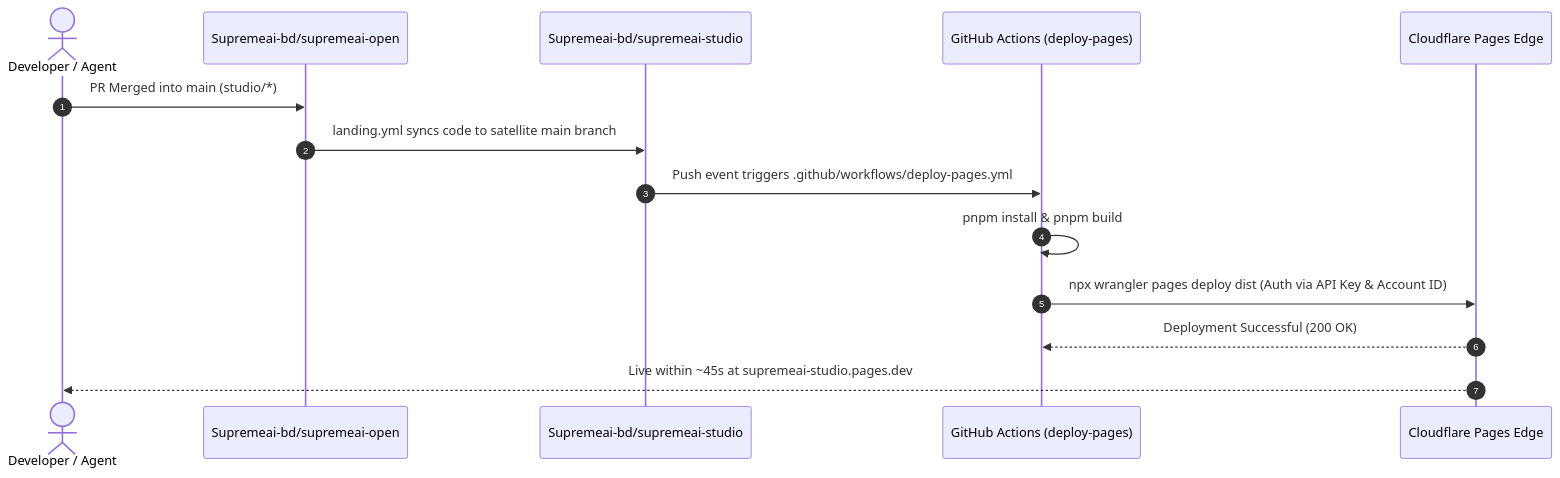
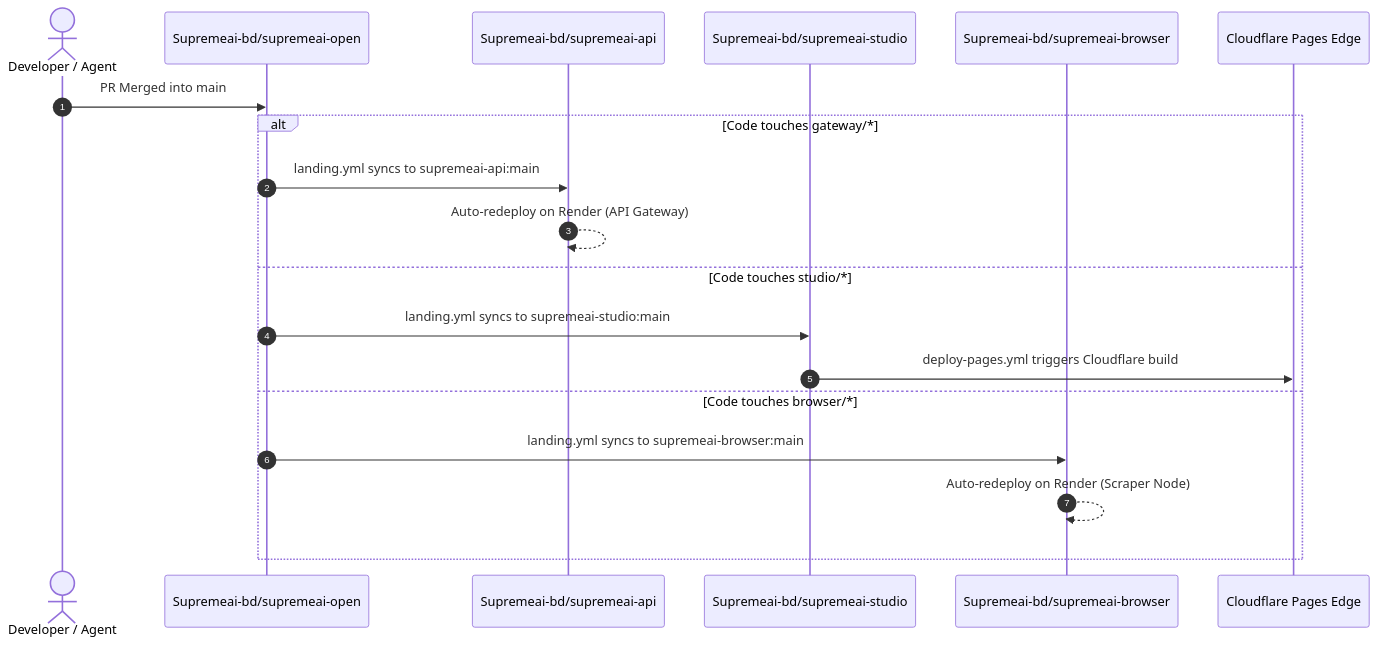
Before and after one commit to Supremeai-bd/supremeai-open: the second of 2 diagrams in gateway/SYSTEM_CHAT_AND_DEPLOYMENT_ARCHITECTURE.md, drawn with Mermaid. The commit also changed other lines of this file, not shown here.

Commit message:
docs(gateway): update architecture to v3 with webshare proxy and admin lock (Refs #757)

````diff
--- a/gateway/SYSTEM_CHAT_AND_DEPLOYMENT_ARCHITECTURE.md
+++ b/gateway/SYSTEM_CHAT_AND_DEPLOYMENT_ARCHITECTURE.md
@@ -88,17 +98,22 @@
 ```mermaid
 sequenceDiagram
     autonumber
     actor Dev as Developer / Agent
     participant Open as Supremeai-bd/supremeai-open
-    participant Sat as Supremeai-bd/supremeai-studio
-    participant GHA as GitHub Actions (deploy-pages)
+    participant SatAPI as Supremeai-bd/supremeai-api
+    participant SatStudio as Supremeai-bd/supremeai-studio
+    participant SatBrowser as Supremeai-bd/supremeai-browser
     participant CF as Cloudflare Pages Edge
 
-    Dev->>Open: PR Merged into main (studio/*)
-    Open->>Sat: landing.yml syncs code to satellite main branch
-    Sat->>GHA: Push event triggers .github/workflows/deploy-pages.yml
-    GHA->>GHA: pnpm install & pnpm build
-    GHA->>CF: npx wrangler pages deploy dist (Auth via API Key & Account ID)
-    CF-->>GHA: Deployment Successful (200 OK)
-    CF-->>Dev: Live within ~45s at supremeai-studio.pages.dev
+    Dev->>Open: PR Merged into main
+    alt Code touches gateway/*
+        Open->>SatAPI: landing.yml syncs to supremeai-api:main
+        SatAPI-->>SatAPI: Auto-redeploy on Render (API Gateway)
+    else Code touches studio/*
+        Open->>SatStudio: landing.yml syncs to supremeai-studio:main
+        SatStudio->>CF: deploy-pages.yml triggers Cloudflare build
+    else Code touches browser/*
+        Open->>SatBrowser: landing.yml syncs to supremeai-browser:main
+        SatBrowser-->>SatBrowser: Auto-redeploy on Render (Scraper Node)
+    end
 ```
````
